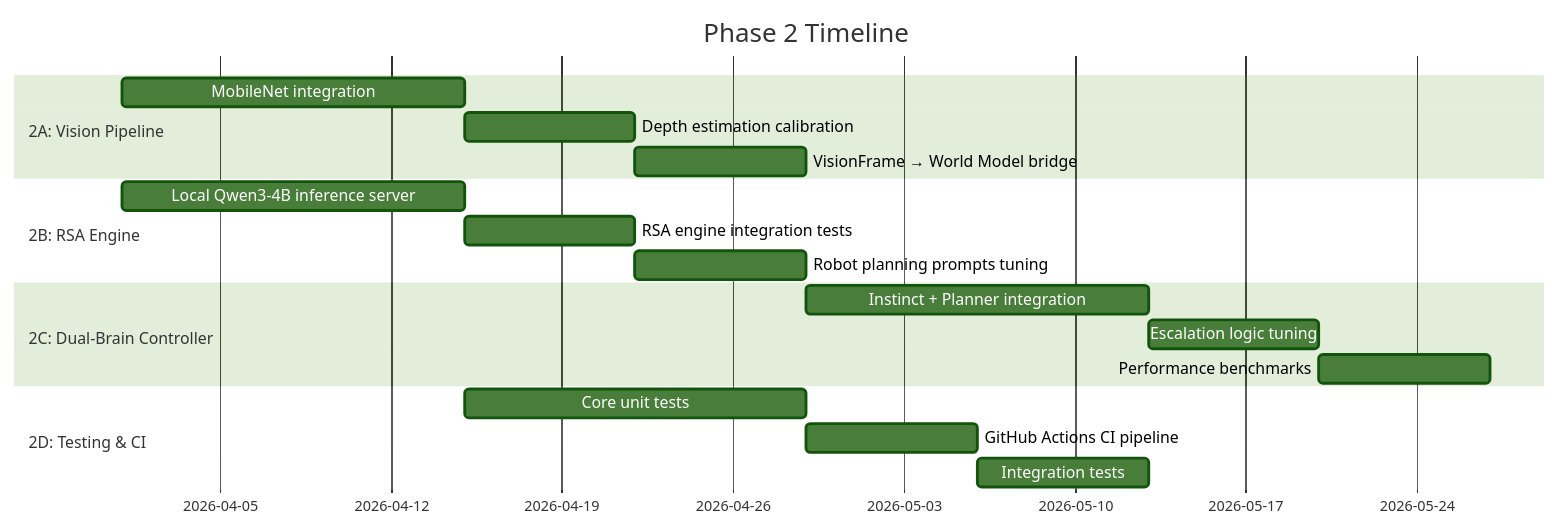
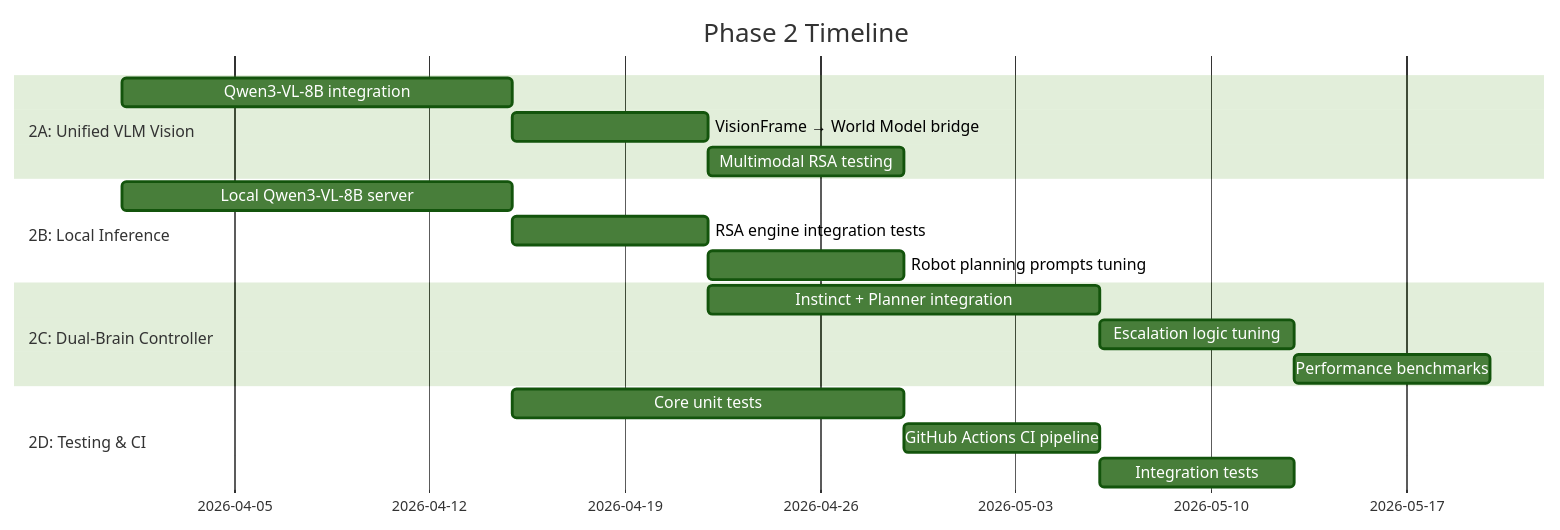
The first of 2 diagrams in ROADMAP.md (EvolvingAgentsLabs/llmos), drawn with Mermaid (forest theme) before and after one commit. The commit also changed other lines of this file and 6 other files, not shown here.

First line of the commit message:
feat: Add multimodal RSA, remove fallback options, focus on Qwen3-VL-8B

````diff
--- a/ROADMAP.md
+++ b/ROADMAP.md
@@ -62,21 +63,21 @@
 ```mermaid
 gantt
     title Phase 2 Timeline
     dateFormat YYYY-MM-DD
-    section 2A: Vision Pipeline
-        MobileNet integration           :a1, 2026-04-01, 14d
-        Depth estimation calibration     :a2, after a1, 7d
-        VisionFrame → World Model bridge :a3, after a2, 7d
-    section 2B: RSA Engine
-        Local Qwen3-4B inference server  :b1, 2026-04-01, 14d
+    section 2A: Unified VLM Vision
+        Qwen3-VL-8B integration         :a1, 2026-04-01, 14d
+        VisionFrame → World Model bridge :a2, after a1, 7d
+        Multimodal RSA testing           :a3, after a2, 7d
+    section 2B: Local Inference
+        Local Qwen3-VL-8B server         :b1, 2026-04-01, 14d
         RSA engine integration tests     :b2, after b1, 7d
         Robot planning prompts tuning    :b3, after b2, 7d
     section 2C: Dual-Brain Controller
-        Instinct + Planner integration   :c1, after a3, 14d
+        Instinct + Planner integration   :c1, after a2, 14d
         Escalation logic tuning          :c2, after c1, 7d
         Performance benchmarks           :c3, after c2, 7d
     section 2D: Testing & CI
         Core unit tests                  :d1, 2026-04-15, 14d
         GitHub Actions CI pipeline       :d2, after d1, 7d
         Integration tests                :d3, after d2, 7d
 ```
````
